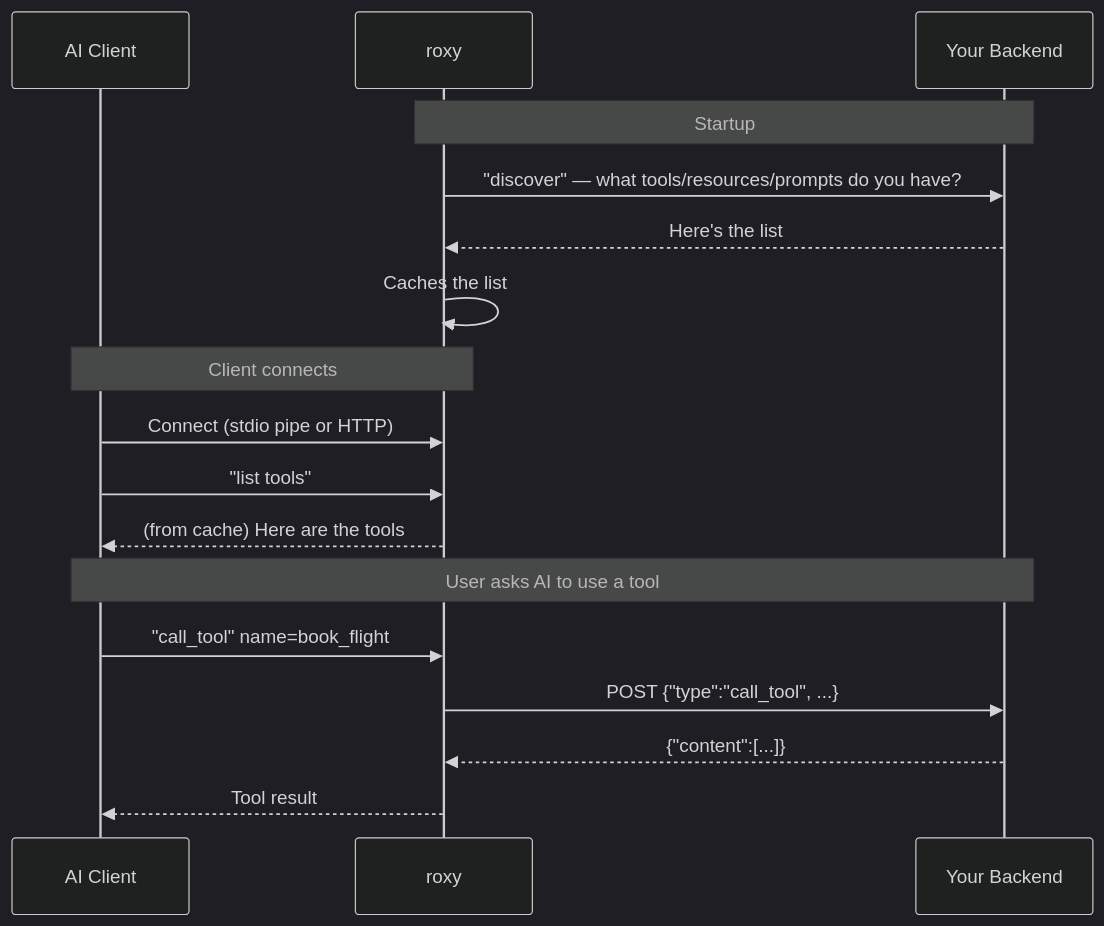
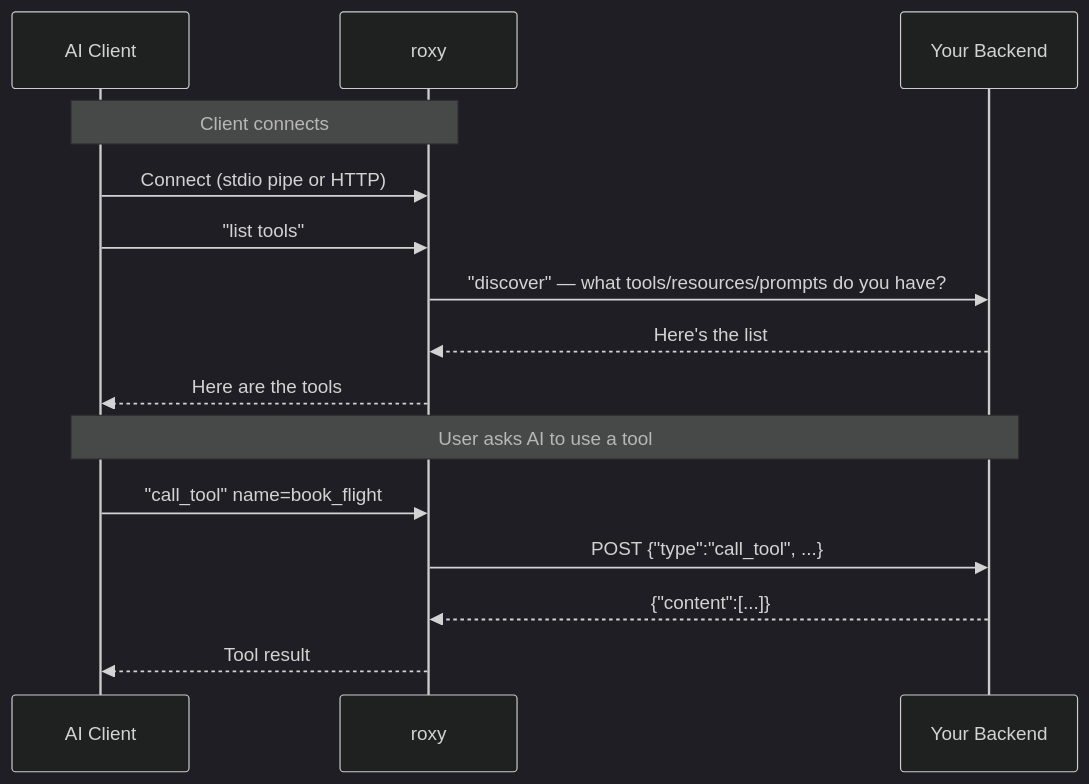
One commit to petstack/roxy changed the second of 7 diagrams in docs/USER_GUIDE.md. Above: the diagram before and after it, drawn with Mermaid (dark theme). The commit also changed other lines of this file and 10 other files, not shown here.

````diff
--- a/docs/USER_GUIDE.md
+++ b/docs/USER_GUIDE.md
@@ -74,22 +74,19 @@
 ```mermaid
 sequenceDiagram
     participant C as AI Client
     participant R as roxy
     participant B as Your Backend
 
-    Note over R,B: Startup
-    R->>B: "discover" — what tools/resources/prompts do you have?
-    B-->>R: Here's the list
-    R->>R: Caches the list
-
     Note over C,R: Client connects
     C->>R: Connect (stdio pipe or HTTP)
     C->>R: "list tools"
-    R-->>C: (from cache) Here are the tools
+    R->>B: "discover" — what tools/resources/prompts do you have?
+    B-->>R: Here's the list
+    R-->>C: Here are the tools
 
     Note over C,B: User asks AI to use a tool
     C->>R: "call_tool" name=book_flight
     R->>B: POST {"type":"call_tool", ...}
     B-->>R: {"content":[...]}
     R-->>C: Tool result
 ```
````
